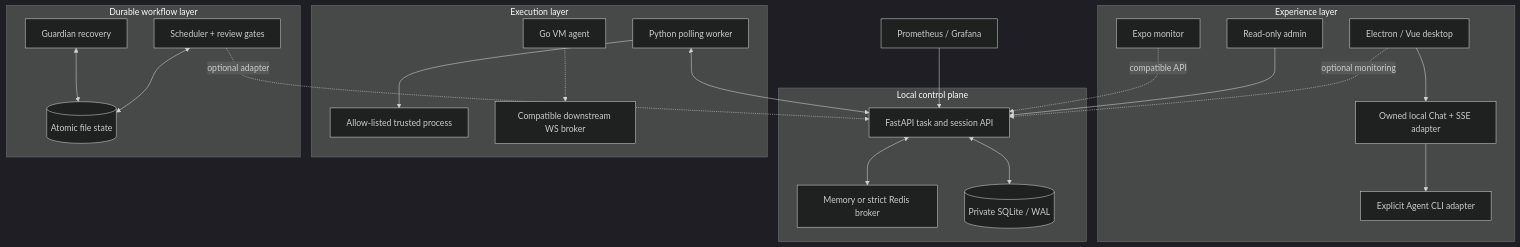
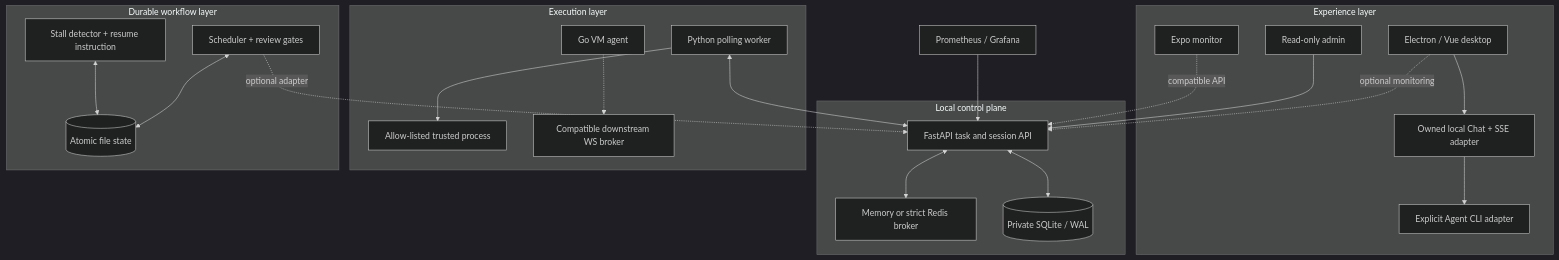
One commit to primorLee/agent-workflow-platform changed the diagram in README.md. Above: the diagram before and after it, drawn with Mermaid (dark theme). The commit also changed other lines of this file and 36 other files, not shown here.

```diff
--- a/README.md
+++ b/README.md
@@ -214,43 +229,43 @@
 ~~~mermaid
 flowchart TB
     subgraph Experience["Experience layer"]
         Desktop["Electron / Vue desktop"]
         Chat["Owned local Chat + SSE adapter"]
         CLI["Explicit Agent CLI adapter"]
         Admin["Read-only admin"]
         Mobile["Expo monitor"]
         Desktop --> Chat --> CLI
     end
 
     subgraph Control["Local control plane"]
         API["FastAPI task and session API"]
         Broker["Memory or strict Redis broker"]
         DB[("Private SQLite / WAL")]
         API <--> Broker
         API <--> DB
     end
 
     subgraph Execution["Execution layer"]
         PyWorker["Python polling worker"]
         Process["Allow-listed trusted process"]
         VmAgent["Go VM agent"]
         VmBroker["Compatible downstream WS broker"]
         PyWorker --> Process
         VmAgent -.-> VmBroker
     end
 
     subgraph Workflow["Durable workflow layer"]
         Scheduler["Scheduler + review gates"]
-        Guardian["Guardian recovery"]
+        Guardian["Stall detector + resume instruction"]
         State[("Atomic file state")]
         Scheduler <--> State
         Guardian <--> State
     end
 
     Desktop -. optional monitoring .-> API
     Admin --> API
     Mobile -. compatible API .-> API
     PyWorker <--> API
     Scheduler -. optional adapter .-> API
     Metrics["Prometheus / Grafana"] --> API
 ~~~
```
